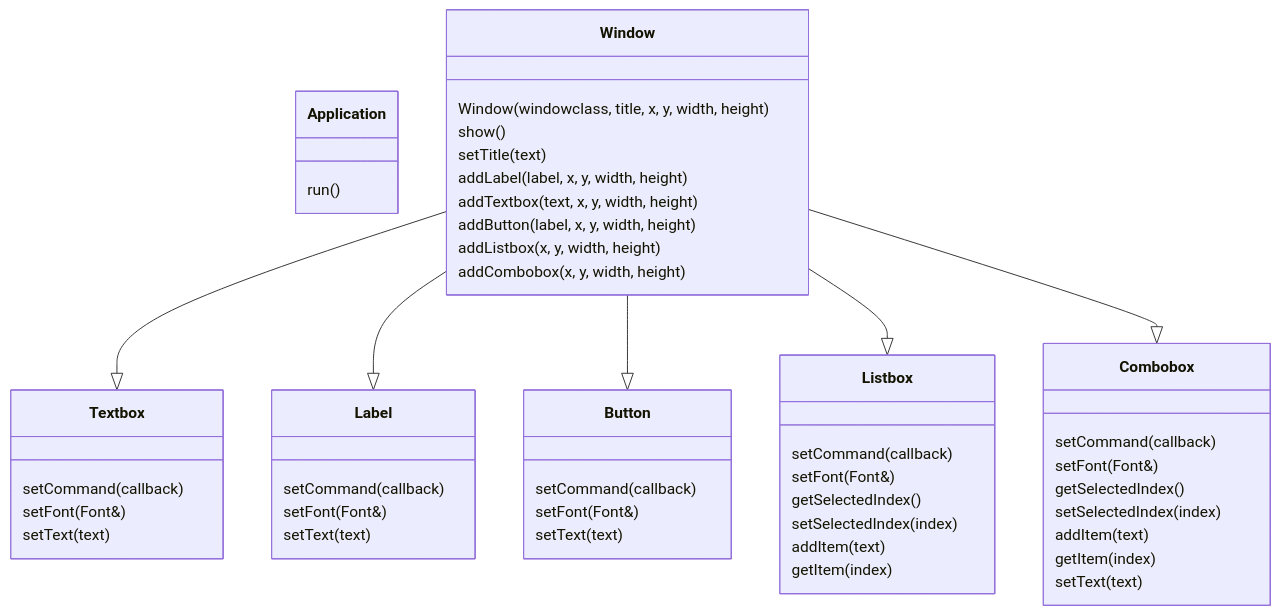
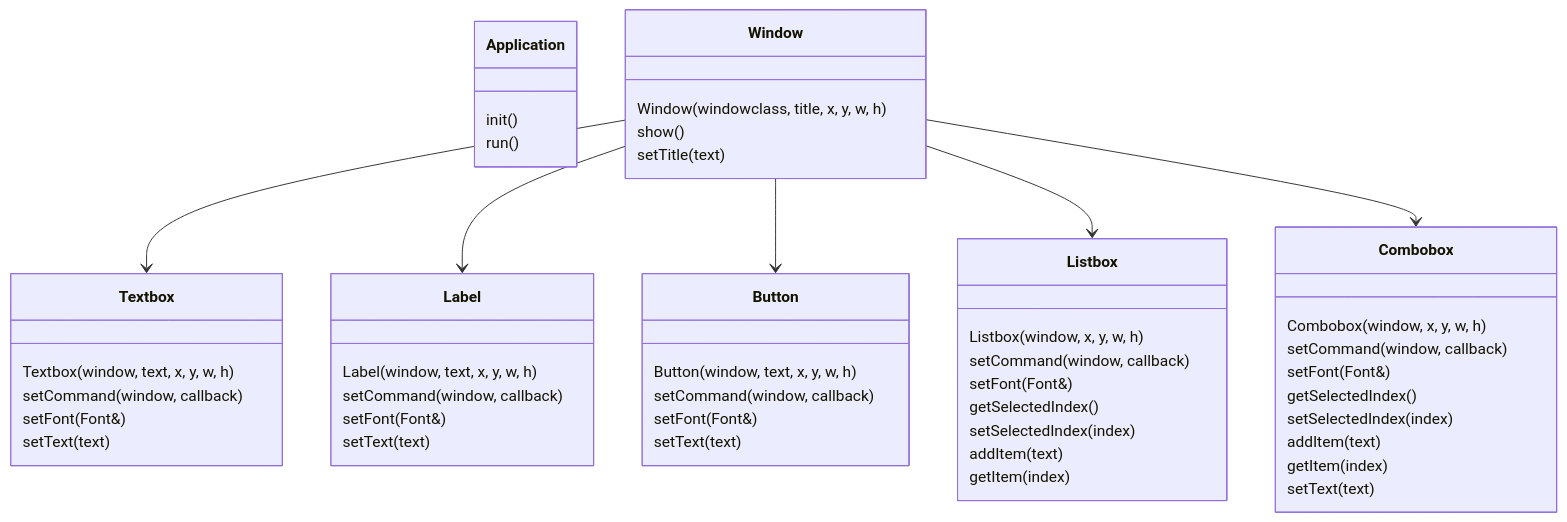
The diagram in Readme.md (lefterise/WindowsGUICpp), drawn with Mermaid before and after one commit. The commit also changed other lines of this file and 12 other files, not shown here.

````diff
--- a/Readme.md
+++ b/Readme.md
@@ -95,62 +86,63 @@
 ```mermaid 
 classDiagram
 
 class Application{
+  init()
   run()
 }
 
 class Window {
-  Window(windowclass, title, x, y, width, height)
+  Window(windowclass, title, x, y, w, h)
   show()
   setTitle(text)
-  addLabel(label, x, y, width, height)
-  addTextbox(text, x, y, width, height)
-  addButton(label, x, y, width, height)
-  addListbox(x, y, width, height)
-  addCombobox(x, y, width, height)
 }
 
 class Textbox {
-  setCommand(callback)
+  Textbox(window, text, x, y, w, h)
+  setCommand(window, callback)
   setFont(Font&)
   setText(text)
 }
 
 class Label{
-  setCommand(callback)
+  Label(window, text, x, y, w, h)
+  setCommand(window, callback)
   setFont(Font&)
   setText(text)
 }
 
 class Button{
-  setCommand(callback)
+  Button(window, text, x, y, w, h)
+  setCommand(window, callback)
   setFont(Font&)
   setText(text)
 }
 
 class Listbox{
-  setCommand(callback)
+  Listbox(window, x, y, w, h)
+  setCommand(window, callback)
   setFont(Font&)
   getSelectedIndex()
   setSelectedIndex(index)
   addItem(text)
   getItem(index)
 }
 
 
 class Combobox{
-  setCommand(callback)
+  Combobox(window, x, y, w, h)
+  setCommand(window, callback)
   setFont(Font&)
   getSelectedIndex()
   setSelectedIndex(index)
   addItem(text)
   getItem(index)
   setText(text)
 }
 
-Window--|> Textbox
-Window--|> Label
-Window--|> Button
-Window--|> Listbox
-Window--|> Combobox
+Window--> Textbox
+Window--> Label
+Window--> Button
+Window--> Listbox
+Window--> Combobox
 ```
````
